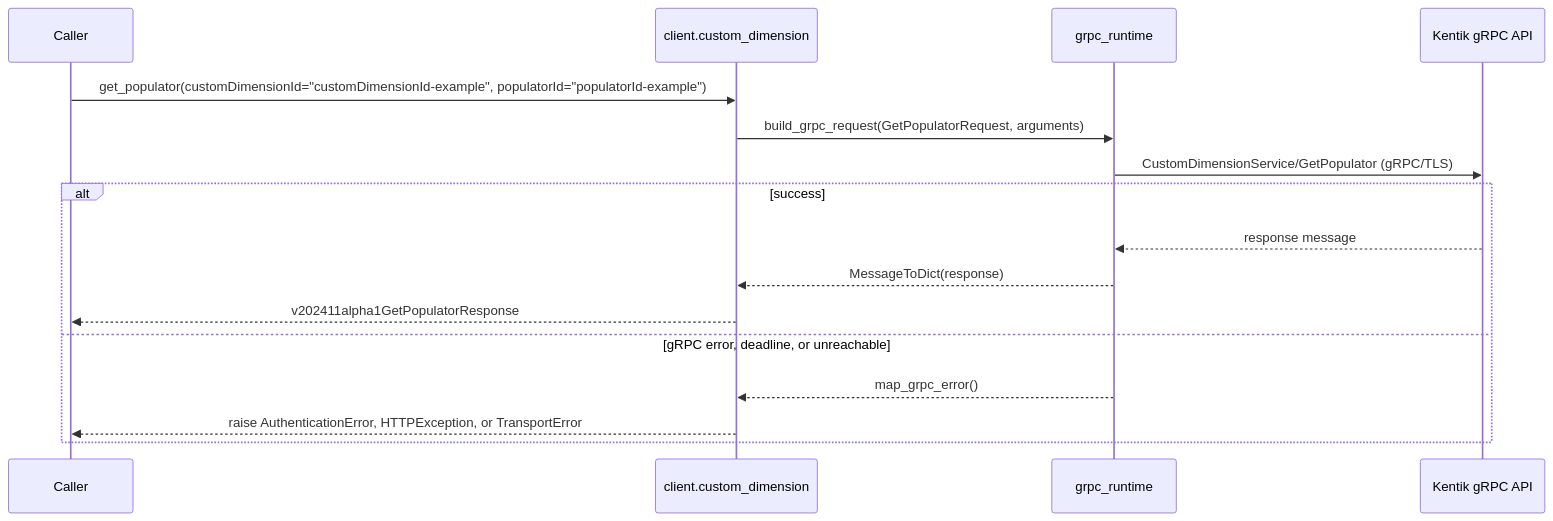
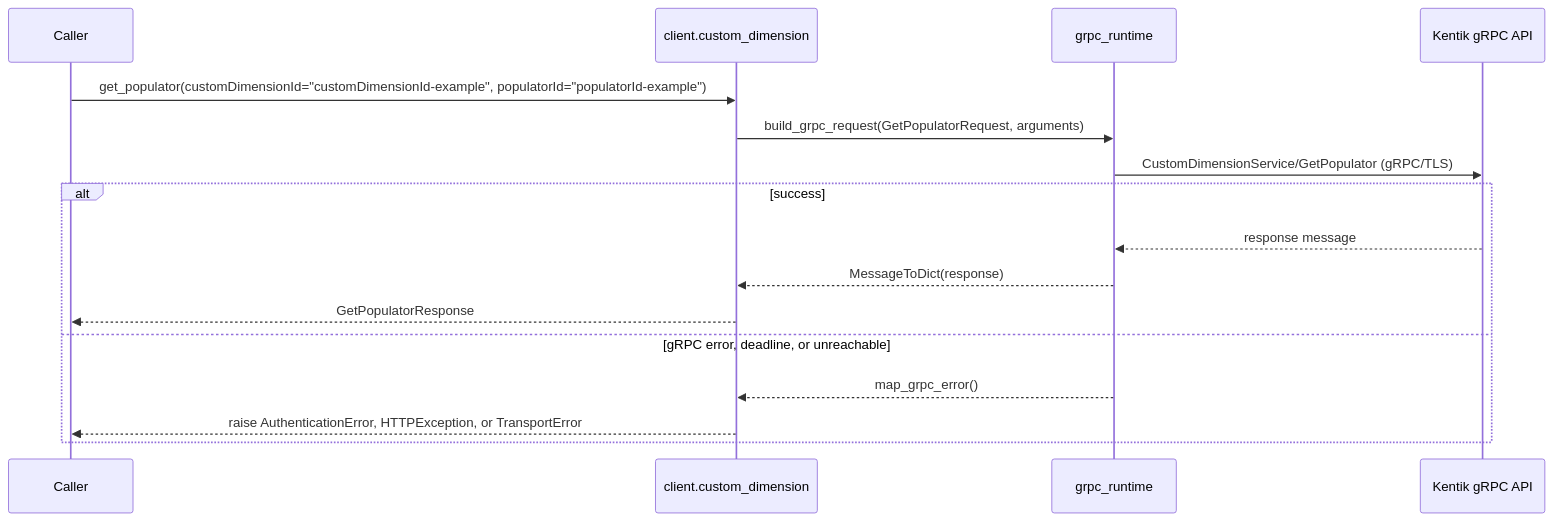
Before and after one commit to alexdearaujo/community_sdk_python: diagram 13 of 22 in docs/sphinx/services/custom_dimension.md, drawn with Mermaid. The commit also changed other lines of this file and 38 other files, not shown here.

````diff
--- a/docs/sphinx/services/custom_dimension.md
+++ b/docs/sphinx/services/custom_dimension.md
@@ -435,19 +435,19 @@
 ```mermaid
 sequenceDiagram
     participant C as Caller
     participant W as client.custom_dimension
     participant R as grpc_runtime
     participant API as Kentik gRPC API
 
     C->>W: get_populator(customDimensionId="customDimensionId-example", populatorId="populatorId-example")
     W->>R: build_grpc_request(GetPopulatorRequest, arguments)
     R->>API: CustomDimensionService/GetPopulator (gRPC/TLS)
     alt success
         API-->>R: response message
         R-->>W: MessageToDict(response)
-        W-->>C: v202411alpha1GetPopulatorResponse
+        W-->>C: GetPopulatorResponse
     else gRPC error, deadline, or unreachable
         R-->>W: map_grpc_error()
         W-->>C: raise AuthenticationError, HTTPException, or TransportError
     end
 ```
````
